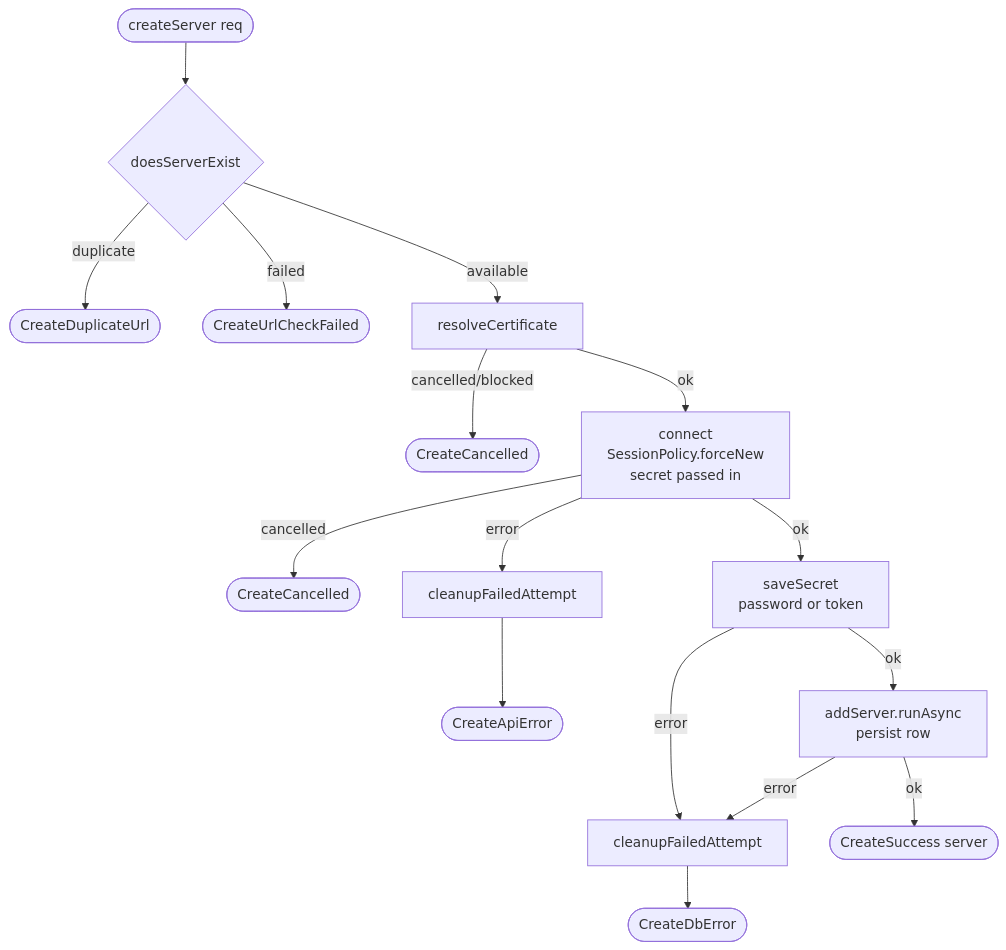
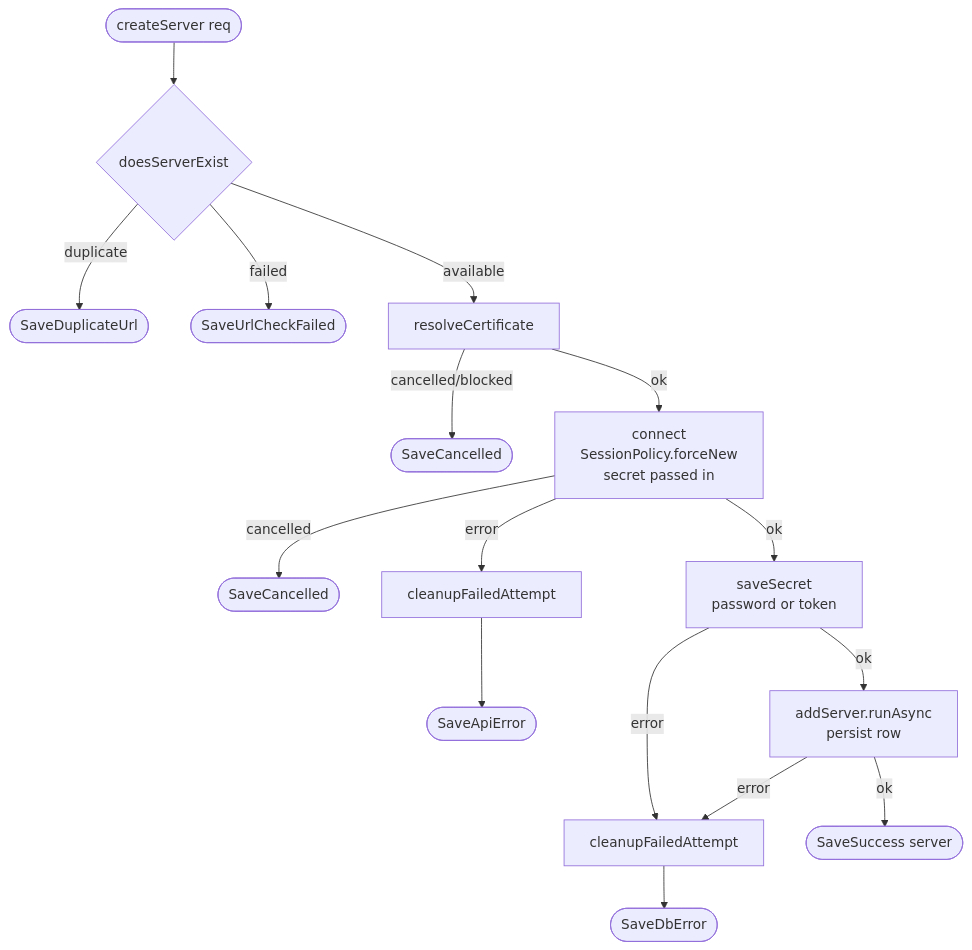
The second of 8 diagrams in docs/server-connection-flow.md (tsutsu3/pi-hole-client), drawn with Mermaid before and after one commit. The commit also changed other lines of this file and 3 other files, not shown here.

````diff
--- a/docs/server-connection-flow.md
+++ b/docs/server-connection-flow.md
@@ -72,16 +72,16 @@
 ```mermaid
 flowchart TD
   A([createServer req]) --> B{doesServerExist}
-  B -- duplicate --> BD([CreateDuplicateUrl])
-  B -- failed --> BF([CreateUrlCheckFailed])
+  B -- duplicate --> BD([SaveDuplicateUrl])
+  B -- failed --> BF([SaveUrlCheckFailed])
   B -- available --> D[resolveCertificate]
-  D -- cancelled/blocked --> DX([CreateCancelled])
+  D -- cancelled/blocked --> DX([SaveCancelled])
   D -- ok --> C[connect<br/>SessionPolicy.forceNew<br/>secret passed in]
-  C -- cancelled --> CX([CreateCancelled])
-  C -- error --> CE[cleanupFailedAttempt] --> CA([CreateApiError])
+  C -- cancelled --> CX([SaveCancelled])
+  C -- error --> CE[cleanupFailedAttempt] --> CA([SaveApiError])
   C -- ok --> S[saveSecret<br/>password or token]
-  S -- error --> F[cleanupFailedAttempt] --> DB([CreateDbError])
+  S -- error --> F[cleanupFailedAttempt] --> DB([SaveDbError])
   S -- ok --> M[addServer.runAsync<br/>persist row]
   M -- error --> F
-  M -- ok --> J([CreateSuccess server])
+  M -- ok --> J([SaveSuccess server])
 ```
````
